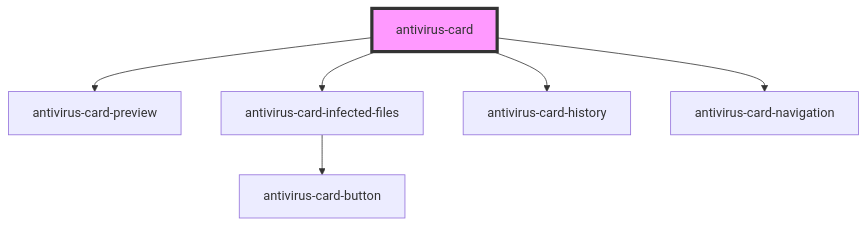
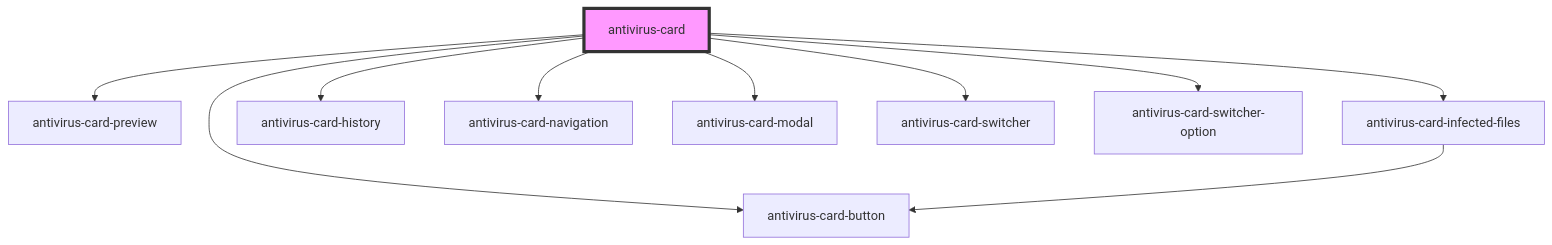
One commit to ispsystem/plugin-imunify changed the diagram in packages/antivirus-card/src/components/readme.md. Above: the diagram before and after it, drawn with Mermaid. The commit also changed other lines of this file and 10 other files, not shown here.

Commit message:
fix(antivirus-card): refactoring

````diff
--- a/packages/antivirus-card/src/components/readme.md
+++ b/packages/antivirus-card/src/components/readme.md
@@ -18,9 +22,13 @@
 ```mermaid
 graph TD;
   antivirus-card --> antivirus-card-preview
   antivirus-card --> antivirus-card-infected-files
   antivirus-card --> antivirus-card-history
   antivirus-card --> antivirus-card-navigation
+  antivirus-card --> antivirus-card-modal
+  antivirus-card --> antivirus-card-switcher
+  antivirus-card --> antivirus-card-switcher-option
+  antivirus-card --> antivirus-card-button
   antivirus-card-infected-files --> antivirus-card-button
   style antivirus-card fill:#f9f,stroke:#333,stroke-width:4px
 ```
````
